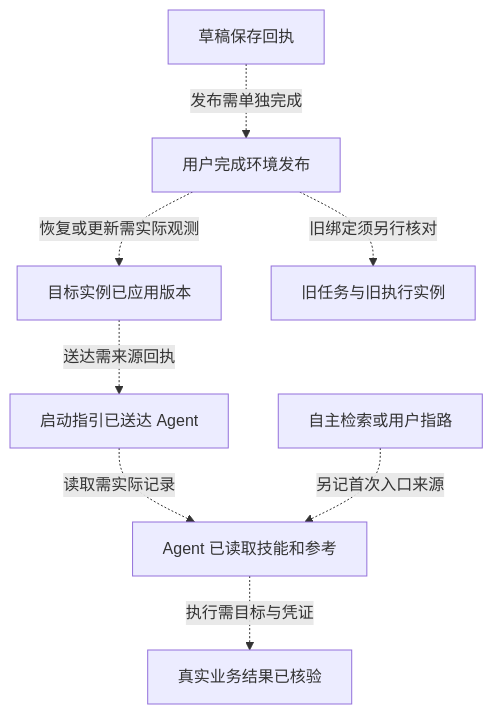
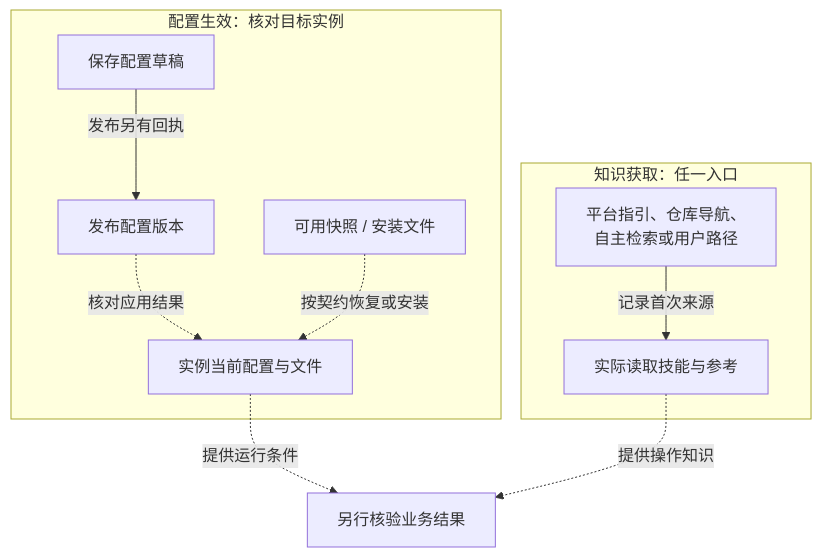
One commit to CF-FE/mymcp-4-codexcloud changed the diagram in docs/diagrams/environment-lifecycle.mmd. Above: the diagram before and after it, drawn with Mermaid. The commit also changed 11 other files, not shown here.

```diff
--- a/docs/diagrams/environment-lifecycle.mmd
+++ b/docs/diagrams/environment-lifecycle.mmd
@@ -1,14 +1,18 @@
-%% 2026-10-21：接入与取证阶段示意，不是物理部署或自动执行保证。
-%% start_skill 引导与其他读取来源分别记录；不把自动送达追加为所有读取的门槛。
-%% 每条虚线都表示前一项不能证明后一项，后一项必须单独取证。
-%% 图中状态不代表本次全部已通过；旧任务与旧实例不随发布自动迁移。
+%% 2026-10-21：配置生效与知识获取的概念流程，不是平台真实状态机。
+%% 实线表示流程或入口关系，不表示本次全部通过；虚线表示有条件应用或支持。
+%% 配置版本与快照、安装文件分别识别；已有任务收到哪些更新须逐项核实。
+%% 平台 start_skill、仓库导航、自主检索、用户路径都是可能入口，实际读取另记证据。
 flowchart TB
-    accTitle: 发布与加载的证据阶段
-    accDescr: 保存、发布、实例应用、指引送达、技能读取和业务核验分别取证；自主检索也是独立的读取来源，旧任务须另核绑定。
-    draft["草稿保存回执"] -.->|发布需单独完成| published["用户完成环境发布"]
-    published -.->|恢复或更新需实际观测| applied["目标实例已应用版本"]
-    applied -.->|送达需来源回执| delivered["启动指引已送达 Agent"]
-    delivered -.->|读取需实际记录| read["Agent 已读取技能和参考"]
-    other["自主检索或用户指路"] -.->|另记首次入口来源| read
-    read -.->|执行需目标与凭证| verified["真实业务结果已核验"]
-    published -.->|旧绑定须另行核对| previous["旧任务与旧执行实例"]
+    accTitle: 配置生效与技能读取分别确认
+    accDescr: 配置分支分别记录草稿保存、配置发布和目标实例应用；可用快照或安装文件是另一类来源，不等同配置版本。知识分支可从平台 start_skill、仓库导航、自主检索或用户路径进入，再实际读取技能与参考。两条分支支持业务验证，但不保证执行成功，读取不要求先自动收到指引。
+    subgraph configuration["配置生效：核对目标实例"]
+        draft["保存配置草稿"] -->|发布另有回执| published["发布配置版本"]
+        published -.->|核对应用结果| applied["实例当前配置与文件"]
+        artifacts["可用快照 / 安装文件"] -.->|按契约恢复或安装| applied
+    end
+    subgraph knowledge["知识获取：任一入口"]
+        entry["平台指引、仓库导航、
+自主检索或用户路径"] -->|记录首次来源| read["实际读取技能与参考"]
+    end
+    applied -.->|提供运行条件| verified["另行核验业务结果"]
+    read -.->|提供操作知识| verified
```
